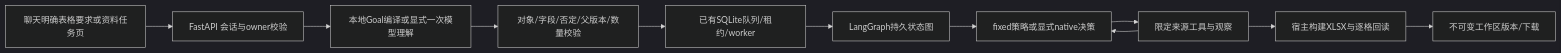
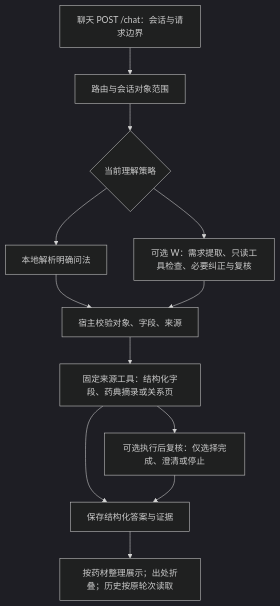
Before and after one commit to konoluluxiuda/tcm-multi-agent-assistant: the diagram in docs/PROJECT_DEMO.md, drawn with Mermaid (dark theme). The commit also changed other lines of this file and 15 other files, not shown here.

````diff
--- a/docs/PROJECT_DEMO.md
+++ b/docs/PROJECT_DEMO.md
@@ -57,13 +40,14 @@
 ```mermaid
-flowchart LR
-    U[聊天明确表格要求或资料任务页] --> API[FastAPI 会话与owner校验]
-    API --> C[本地Goal编译或显式一次模型理解]
-    C --> V[对象/字段/否定/父版本/数量校验]
-    V --> Q[已有SQLite队列/租约/worker]
-    Q --> G[LangGraph持久状态图]
-    G --> P[fixed策略或显式native决策]
-    P --> T[限定来源工具与观察]
-    T --> P
-    T --> H[宿主构建XLSX与逐格回读]
-    H --> W[不可变工作区版本/下载]
+flowchart TD
+    A[聊天 POST /chat：会话与请求边界] --> B[路由与会话对象范围]
+    B --> C{当前理解策略}
+    C --> D[本地解析明确问法]
+    C --> E[可选 W：需求提取、只读工具检查、必要纠正与复核]
+    D --> F[宿主校验对象、字段、来源]
+    E --> F
+    F --> G[固定来源工具：结构化字段、药典摘录或关系页]
+    G --> H[保存结构化答案与证据]
+    G --> I[可选执行后复核：仅选择完成、澄清或停止]
+    I --> H
+    H --> J[按药材整理展示；出处折叠；历史按原轮次读取]
 ```
````
